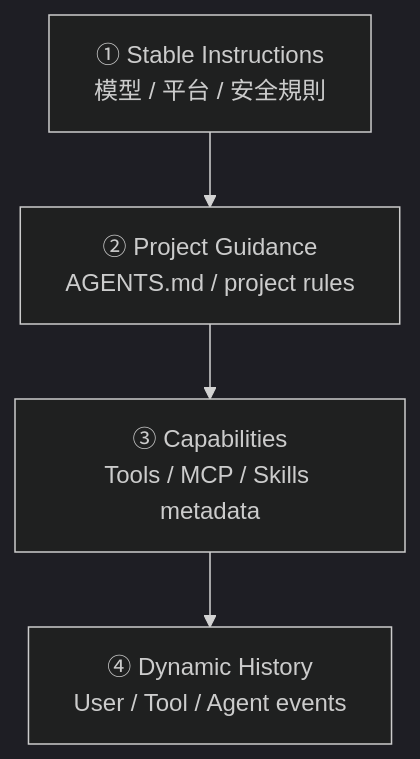
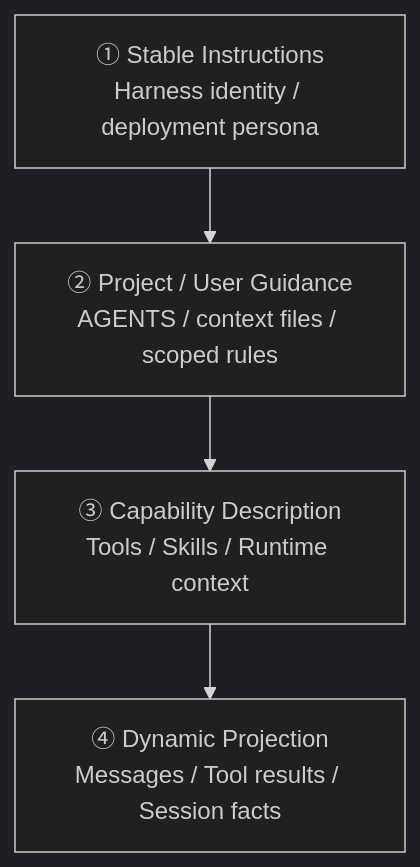
Before and after one commit to indigofeather/harness-book: the second of 6 diagrams in docs/foundations/context-and-caching.md, drawn with Mermaid (dark theme). The commit also changed other lines of this file and 48 other files, not shown here.

````diff
--- a/docs/foundations/context-and-caching.md
+++ b/docs/foundations/context-and-caching.md
@@ -51,8 +46,8 @@
 ```mermaid
 flowchart TB
-  A[① Stable Instructions\n模型 / 平台 / 安全規則]
-  B[② Project Guidance\nAGENTS.md / project rules]
-  C[③ Capabilities\nTools / MCP / Skills metadata]
-  D[④ Dynamic History\nUser / Tool / Agent events]
+  A[① Stable Instructions\nHarness identity / deployment persona]
+  B[② Project / User Guidance\nAGENTS / context files / scoped rules]
+  C[③ Capability Description\nTools / Skills / Runtime context]
+  D[④ Dynamic Projection\nMessages / Tool results / Session facts]
   A --> B --> C --> D
 ```
````
